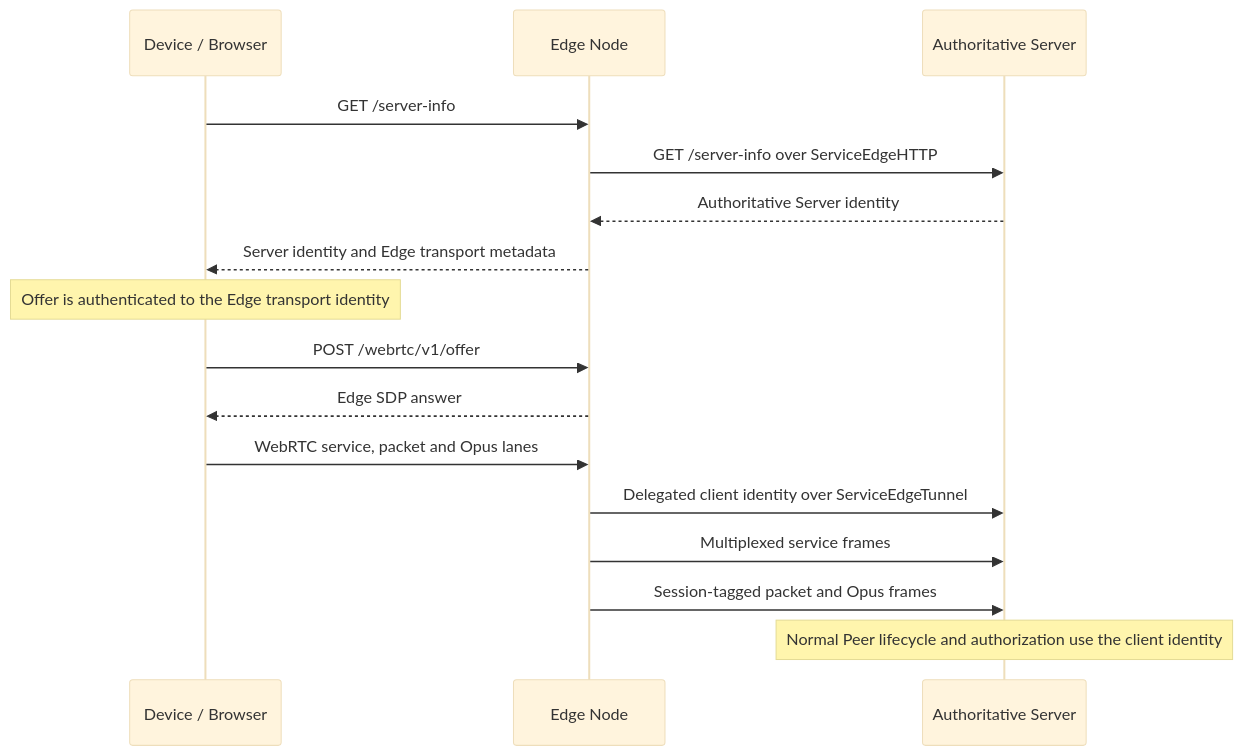
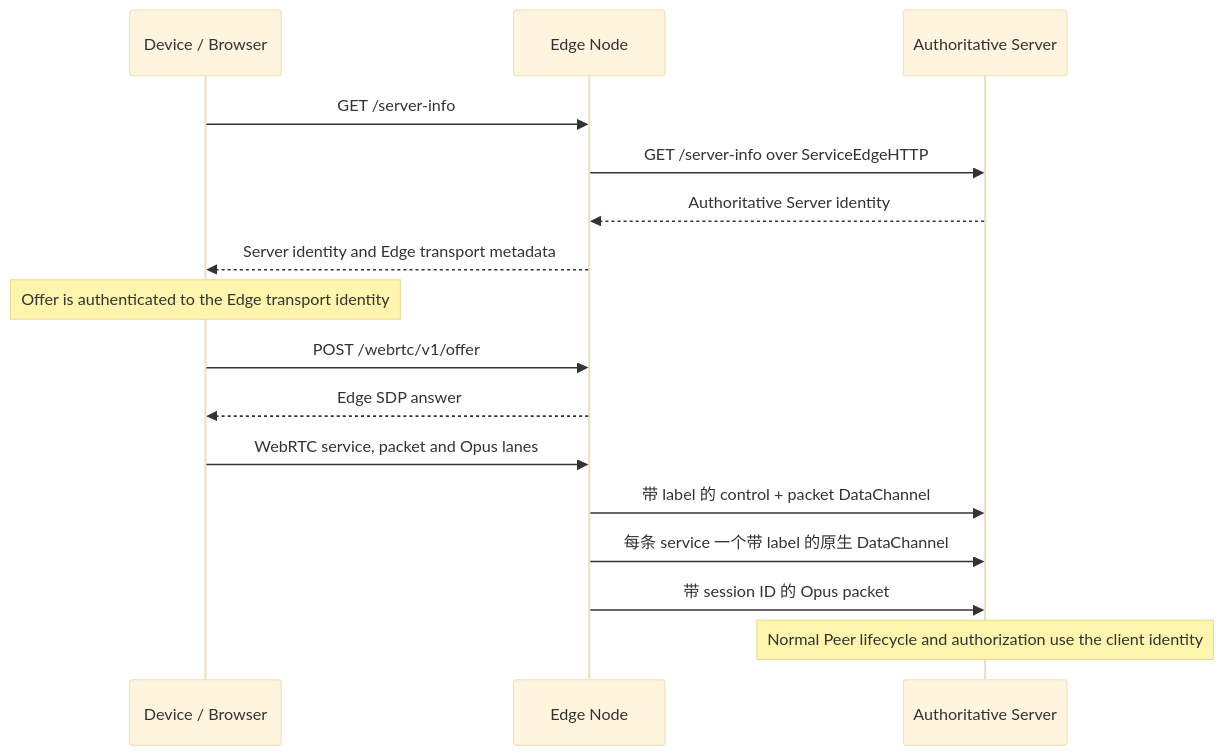
The first of 2 diagrams in guides/zh/developing/gizedge.md (GizClaw/gizclaw), drawn with Mermaid (base theme) before and after one commit. The commit also changed other lines of this file and 41 other files, not shown here.

````diff
--- a/guides/zh/developing/gizedge.md
+++ b/guides/zh/developing/gizedge.md
@@ -26,20 +26,20 @@
 ```mermaid
 sequenceDiagram
     participant Device as Device / Browser
     participant Edge as Edge Node
     participant Server as Authoritative Server
 
     Device->>Edge: GET /server-info
     Edge->>Server: GET /server-info over ServiceEdgeHTTP
     Server-->>Edge: Authoritative Server identity
     Edge-->>Device: Server identity and Edge transport metadata
 
     Note over Device: Offer is authenticated to the Edge transport identity
     Device->>Edge: POST /webrtc/v1/offer
     Edge-->>Device: Edge SDP answer
     Device->>Edge: WebRTC service, packet and Opus lanes
-    Edge->>Server: Delegated client identity over ServiceEdgeTunnel
-    Edge->>Server: Multiplexed service frames
-    Edge->>Server: Session-tagged packet and Opus frames
+    Edge->>Server: 带 label 的 control + packet DataChannel
+    Edge->>Server: 每条 service 一个带 label 的原生 DataChannel
+    Edge->>Server: 带 session ID 的 Opus packet
     Note over Server: Normal Peer lifecycle and authorization use the client identity
 ```
````
